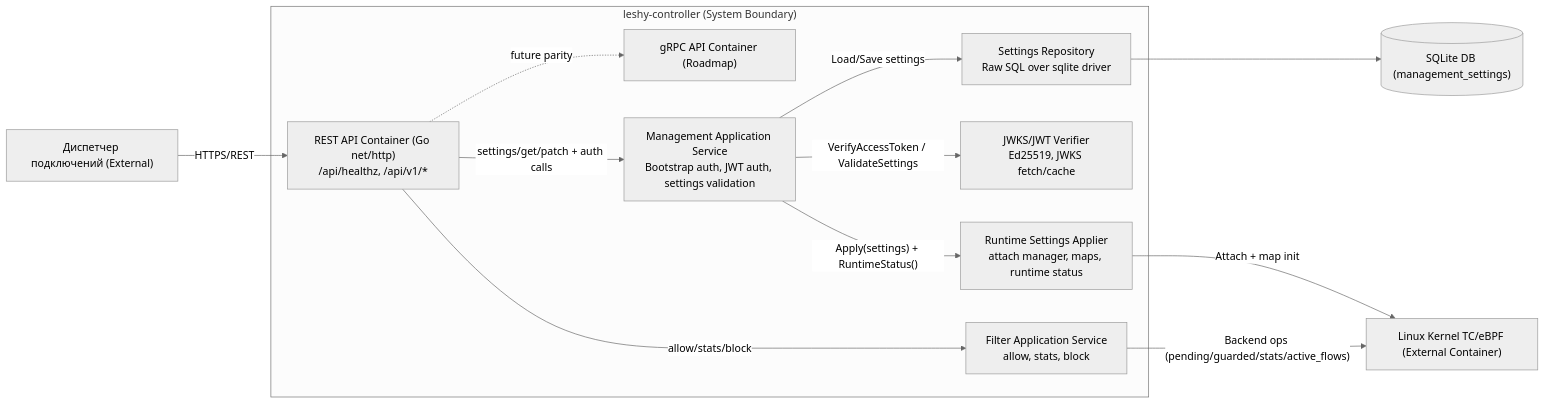
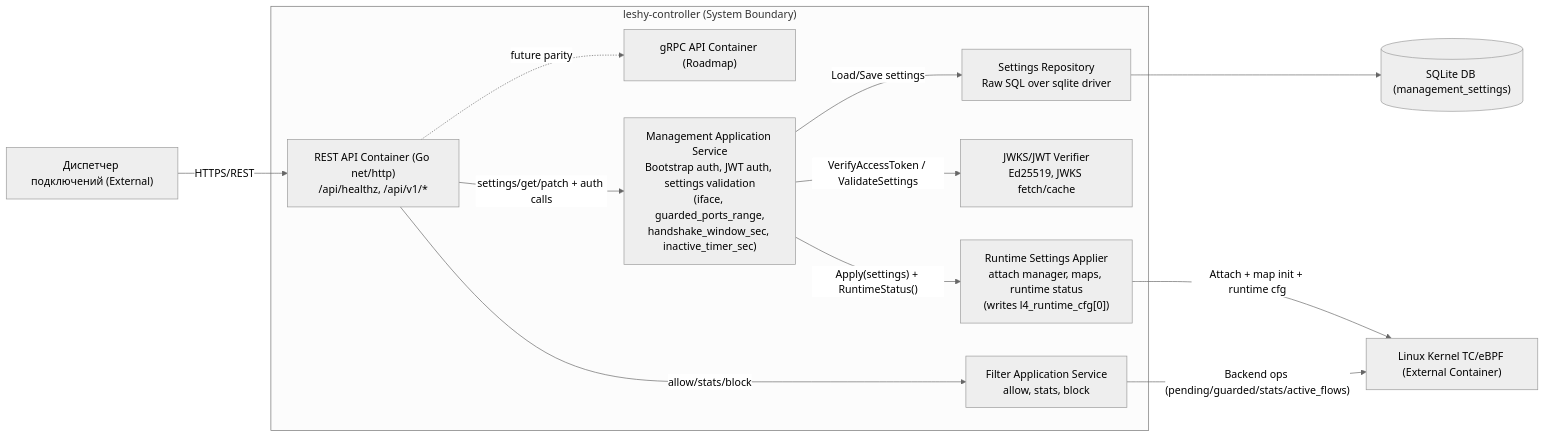
One commit to devalv/leshy-controller changed the second of 3 diagrams in docs/c4.md. Above: the diagram before and after it, drawn with Mermaid (neutral theme). The commit also changed other lines of this file and 30 other files, not shown here.

````diff
--- a/docs/c4.md
+++ b/docs/c4.md
@@ -29,29 +29,29 @@
 ```mermaid
 flowchart LR
     dispatcher["Диспетчер подключений (External)"]
     kernel["Linux Kernel TC/eBPF (External Container)"]
     db[("SQLite DB (management_settings)")]
 
     subgraph leshy["leshy-controller (System Boundary)"]
         api["REST API Container (Go net/http)\n/api/healthz, /api/v1/*"]
         grpc["gRPC API Container (Roadmap)"]
-        mgmt["Management Application Service\nBootstrap auth, JWT auth, settings validation"]
+        mgmt["Management Application Service\nBootstrap auth, JWT auth, settings validation\n(iface, guarded_ports_range,\nhandshake_window_sec, inactive_timer_sec)"]
         filt["Filter Application Service\nallow, stats, block"]
         verifier["JWKS/JWT Verifier\nEd25519, JWKS fetch/cache"]
         repo["Settings Repository\nRaw SQL over sqlite driver"]
-        runtime["Runtime Settings Applier\nattach manager, maps, runtime status"]
+        runtime["Runtime Settings Applier\nattach manager, maps, runtime status\n(writes l4_runtime_cfg[0])"]
     end
 
     dispatcher -->|"HTTPS/REST"| api
     api -->|"settings/get/patch + auth calls"| mgmt
     api -->|"allow/stats/block"| filt
     api -.->|"future parity"| grpc
 
     mgmt -->|"Load/Save settings"| repo
     repo --> db
 
     mgmt -->|"VerifyAccessToken / ValidateSettings"| verifier
     mgmt -->|"Apply(settings) + RuntimeStatus()"| runtime
-    runtime -->|"Attach + map init"| kernel
+    runtime -->|"Attach + map init + runtime cfg"| kernel
     filt -->|"Backend ops (pending/guarded/stats/active_flows)"| kernel
 ```
````
